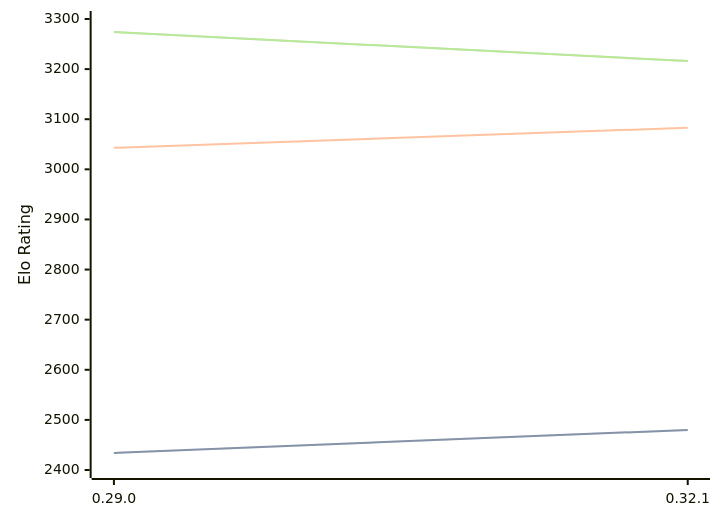
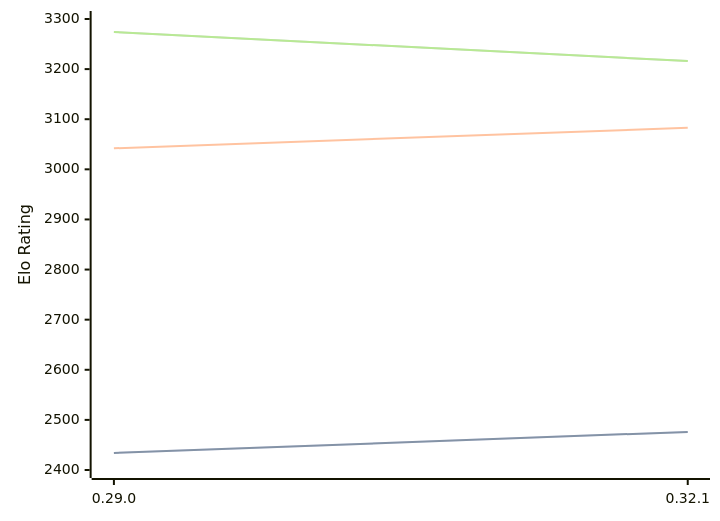
The diagram in engines/Lc0.md (computer-chess-index/cci), drawn with Mermaid before and after one commit. The commit also changed other lines of this file, not shown here.

Commit message:
Update CCI Ratings (ELO VLTC) - 2026-02-27

````diff
--- a/engines/Lc0.md
+++ b/engines/Lc0.md
@@ -66,11 +66,11 @@
 ```mermaid
 %%{init: {"theme":"base","themeVariables":{"seriesColors:['#a3a3a3','#222221','#faa371']}}}%%
 xychart-beta
   x-axis ["0.29.0", "0.32.1"]
   y-axis "Elo Rating" 2400 --> 3300
-  line "STC (8.0+0.08s)" [2434, 2480]
-  line "STC (8.0+0.08s)" [2434, 2480]
-  line "LTC (60.0+0.60s)" [3043, 3083]
+  line "STC (8.0+0.08s)" [2434, 2476]
+  line "STC (8.0+0.08s)" [2434, 2476]
+  line "LTC (60.0+0.60s)" [3042, 3083]
   line "VLTC (2m24s+1.12s)" [3274, 3216]
   line "VLTC (2m24s+1.12s)" [3274, 3216]
 ```
````
